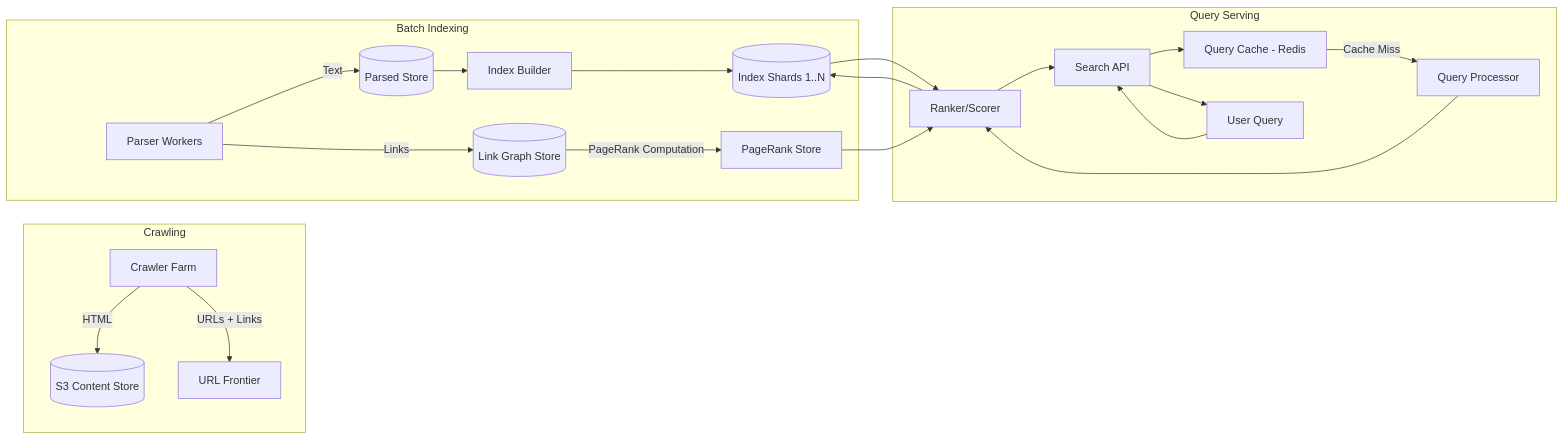
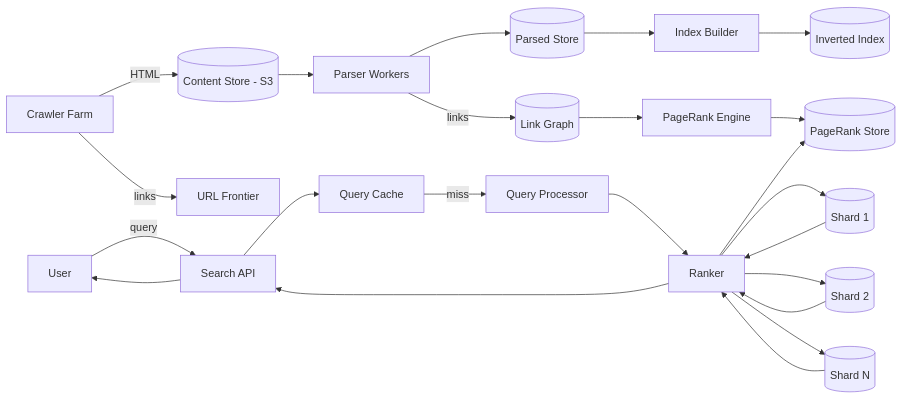
Before and after one commit to abhishekghoshh/system-design-helper: the second of 8 diagrams in docs/system-design/high-level/designing/advanced/search-engine.md, drawn with Mermaid. The commit also changed other lines of this file and 107 other files, not shown here.

````diff
--- a/docs/system-design/high-level/designing/advanced/search-engine.md
+++ b/docs/system-design/high-level/designing/advanced/search-engine.md
@@ -385,25 +146,25 @@
 ```mermaid
-flowchart LR
-  subgraph "Crawling"
-    Crawler[Crawler Farm] -->|HTML| ContentStore[(S3 Content Store)]
-    Crawler -->|URLs + Links| Frontier[URL Frontier]
-  end
-  subgraph "Batch Indexing"
-    Parser[Parser Workers] -->|Text| ParserStore[(Parsed Store)]
-    Parser -->|Links| LinkGraph[(Link Graph Store)]
-    ParserStore --> Indexer[Index Builder]
-    Indexer --> Shards[(Index Shards 1..N)]
-    LinkGraph -->|PageRank Computation| PageRank[PageRank Store]
-  end
-  subgraph "Query Serving"
-    Client[User Query] --> API[Search API]
-    API --> Cache[Query Cache - Redis]
-    Cache -->|Cache Miss| QueryProc[Query Processor]
-    QueryProc --> Ranker[Ranker/Scorer]
-    Ranker --> Shards
-    Shards --> Ranker
-    PageRank --> Ranker
-    Ranker --> API
-    API --> Client
-  end
+graph LR
+    C[Crawler Farm] -->|HTML| CS[(Content Store - S3)]
+    C -->|links| F[URL Frontier]
+    CS --> P[Parser Workers]
+    P --> PS[(Parsed Store)]
+    P -->|links| LG[(Link Graph)]
+    PS --> I[Index Builder]
+    I --> ID[(Inverted Index)]
+    LG --> PR[PageRank Engine]
+    PR --> PRS[(PageRank Store)]
+    U[User] -->|query| API[Search API]
+    API --> QC[Query Cache]
+    QC -->|miss| QP[Query Processor]
+    QP --> R[Ranker]
+    R --> S1[(Shard 1)]
+    R --> S2[(Shard 2)]
+    R --> SN[(Shard N)]
+    R --> PRS
+    S1 --> R
+    S2 --> R
+    SN --> R
+    R --> API
+    API --> U
 ```
````
